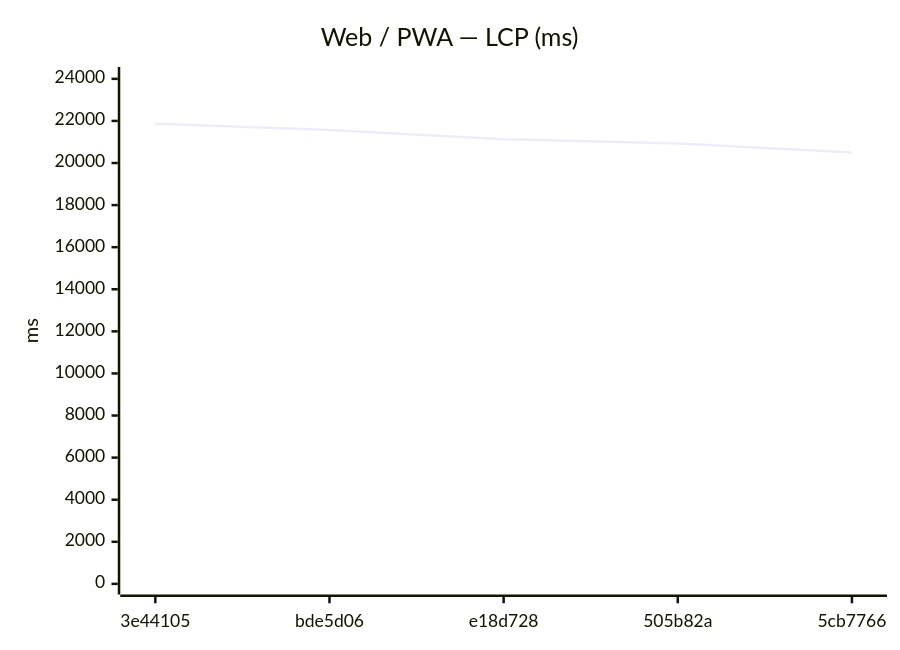
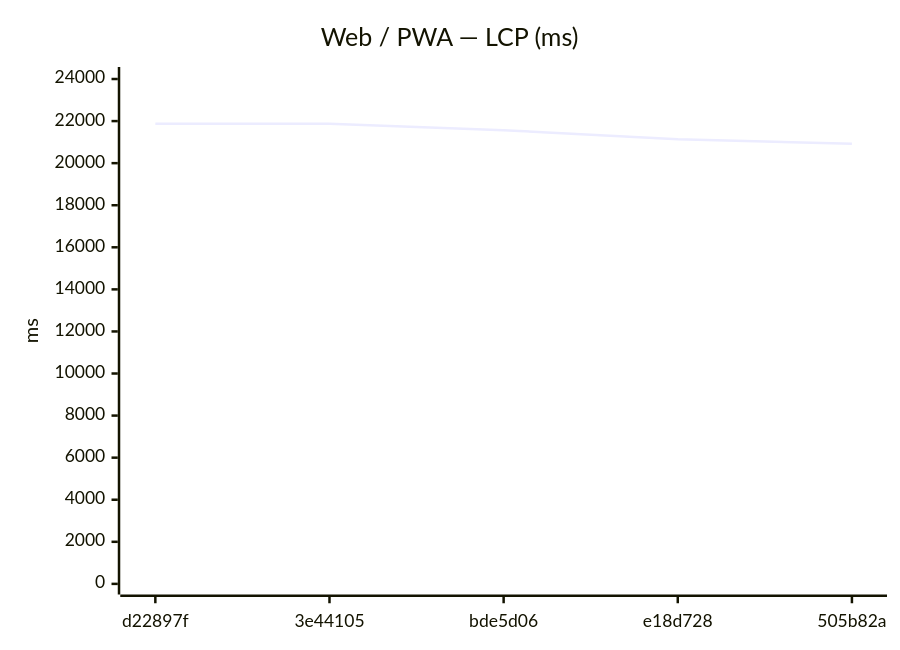
The seventh of 18 diagrams in benchmarks/compare.md (Metaheurist/Rianell), drawn with Mermaid before and after one commit. The commit also changed other lines of this file and 11 other files, not shown here.

````diff
--- a/benchmarks/compare.md
+++ b/benchmarks/compare.md
@@ -117,7 +117,7 @@
 ```mermaid
 xychart-beta
     title "Web / PWA — LCP (ms)"
-    x-axis ["3e44105", "bde5d06", "e18d728", "505b82a", "5cb7766"]
-    y-axis "ms" 0 --> 24058
-    line [21870, 21566, 21132, 20925, 20504]
+    x-axis ["d22897f", "3e44105", "bde5d06", "e18d728", "505b82a"]
+    y-axis "ms" 0 --> 24066
+    line [21878, 21870, 21566, 21132, 20925]
 ```
````
